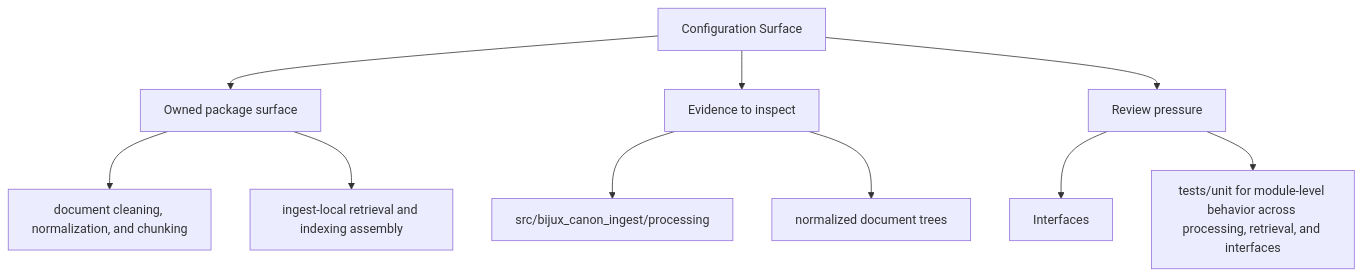
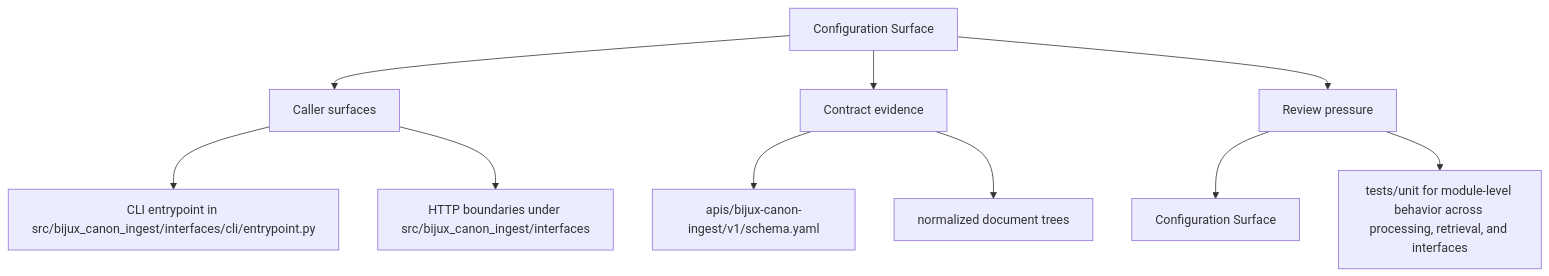
One commit to bijux/bijux-canon changed the second of 2 diagrams in docs/bijux-canon-ingest/interfaces/configuration-surface.md. Above: the diagram before and after it, drawn with Mermaid. The commit also changed other lines of this file and 250 other files, not shown here.

Commit message:
docs(diagrams): make product page maps more readable

````diff
--- a/docs/bijux-canon-ingest/interfaces/configuration-surface.md
+++ b/docs/bijux-canon-ingest/interfaces/configuration-surface.md
@@ -35,22 +35,22 @@
 ```mermaid
 flowchart TD
     page["Configuration Surface"]
-    focus1["Owned package surface"]
+    focus1["Caller surfaces"]
     page --> focus1
-    focus1_1["document cleaning, normalization, and chunking"]
+    focus1_1["CLI entrypoint in src/bijux_canon_ingest/interfaces/cli/entrypoint.py"]
     focus1 --> focus1_1
-    focus1_2["ingest-local retrieval and indexing assembly"]
+    focus1_2["HTTP boundaries under src/bijux_canon_ingest/interfaces"]
     focus1 --> focus1_2
-    focus2["Evidence to inspect"]
+    focus2["Contract evidence"]
     page --> focus2
-    focus2_1["src/bijux_canon_ingest/processing"]
+    focus2_1["apis/bijux-canon-ingest/v1/schema.yaml"]
     focus2 --> focus2_1
     focus2_2["normalized document trees"]
     focus2 --> focus2_2
     focus3["Review pressure"]
     page --> focus3
-    focus3_1["Interfaces"]
+    focus3_1["Configuration Surface"]
     focus3 --> focus3_1
     focus3_2["tests/unit for module-level behavior across processing, retrieval, and interfaces"]
     focus3 --> focus3_2
 ```
````
